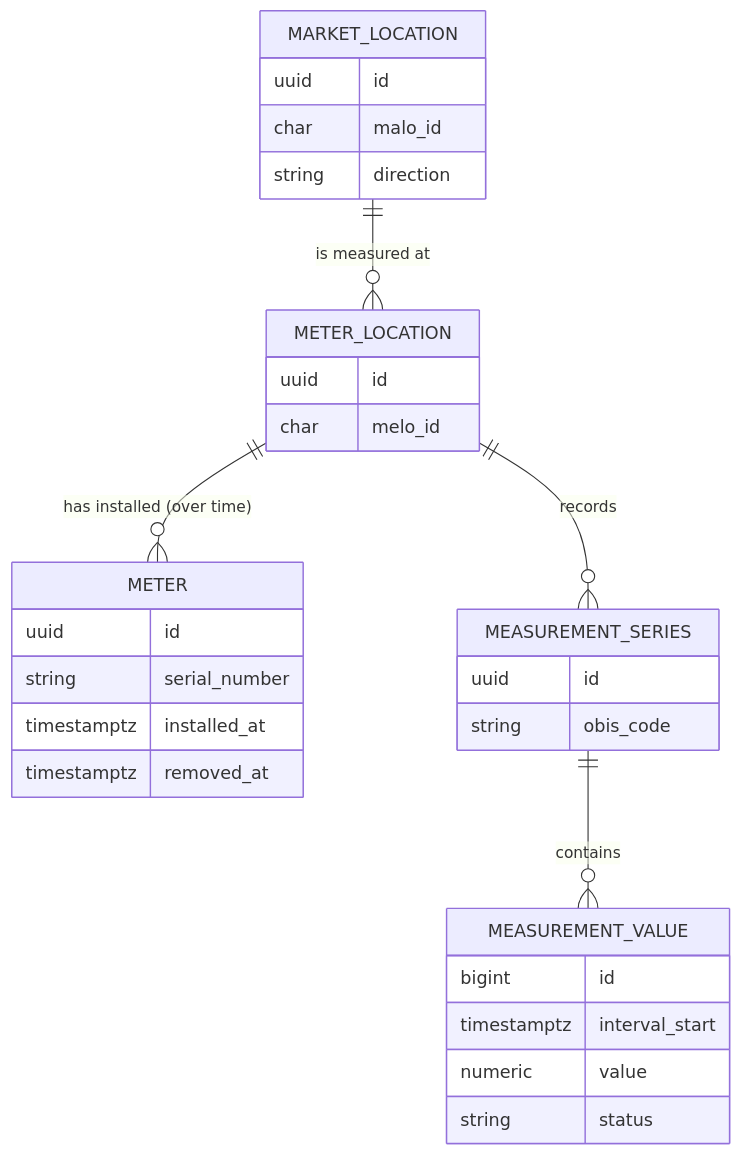
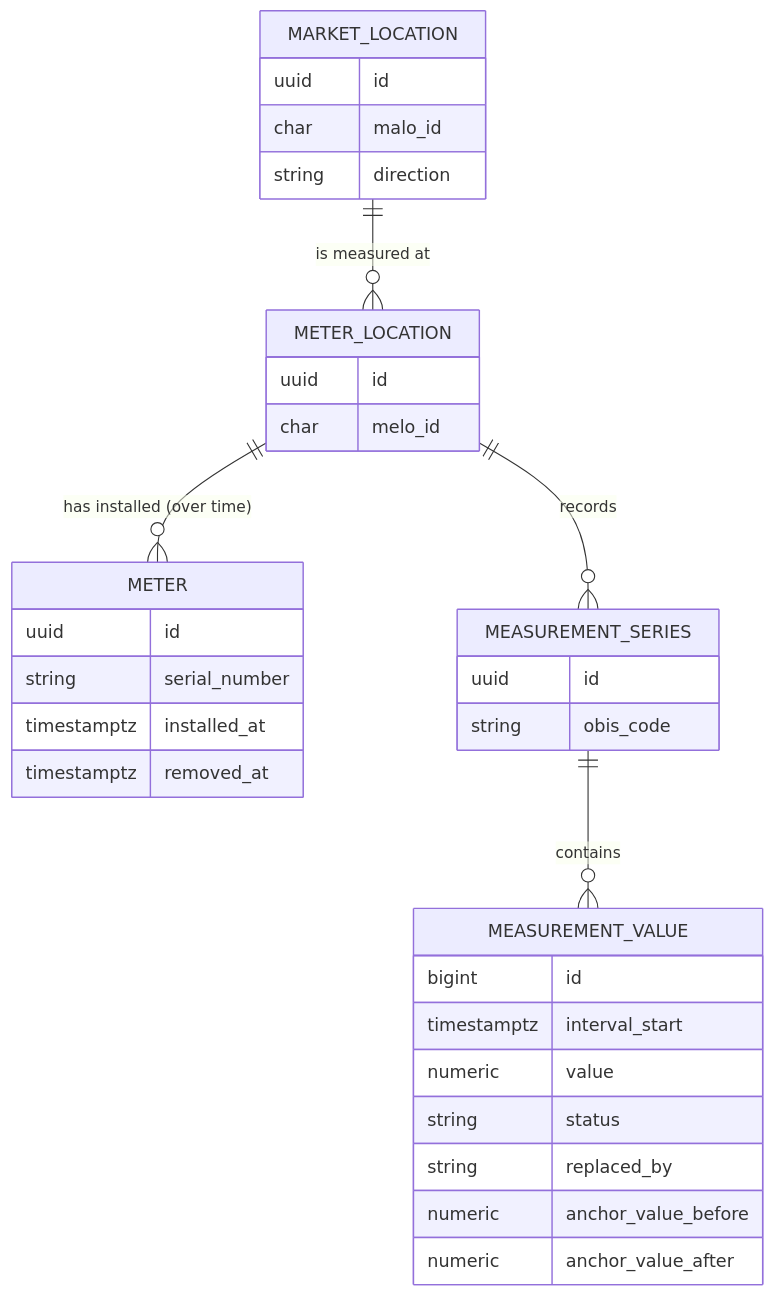
Before and after one commit to hanan-raza/meter-data-service: the second of 3 diagrams in README.md, drawn with Mermaid. The commit also changed other lines of this file and 3 other files, not shown here.

````diff
--- a/README.md
+++ b/README.md
@@ -53,32 +53,35 @@
 ```mermaid
 erDiagram
     MARKET_LOCATION ||--o{ METER_LOCATION : "is measured at"
     METER_LOCATION ||--o{ METER : "has installed (over time)"
     METER_LOCATION ||--o{ MEASUREMENT_SERIES : "records"
     MEASUREMENT_SERIES ||--o{ MEASUREMENT_VALUE : "contains"
     MARKET_LOCATION {
         uuid id
         char malo_id
         string direction
     }
     METER_LOCATION {
         uuid id
         char melo_id
     }
     METER {
         uuid id
         string serial_number
         timestamptz installed_at
         timestamptz removed_at
     }
     MEASUREMENT_SERIES {
         uuid id
         string obis_code
     }
     MEASUREMENT_VALUE {
         bigint id
         timestamptz interval_start
         numeric value
         string status
+        string replaced_by
+        numeric anchor_value_before
+        numeric anchor_value_after
     }
 ```
````
